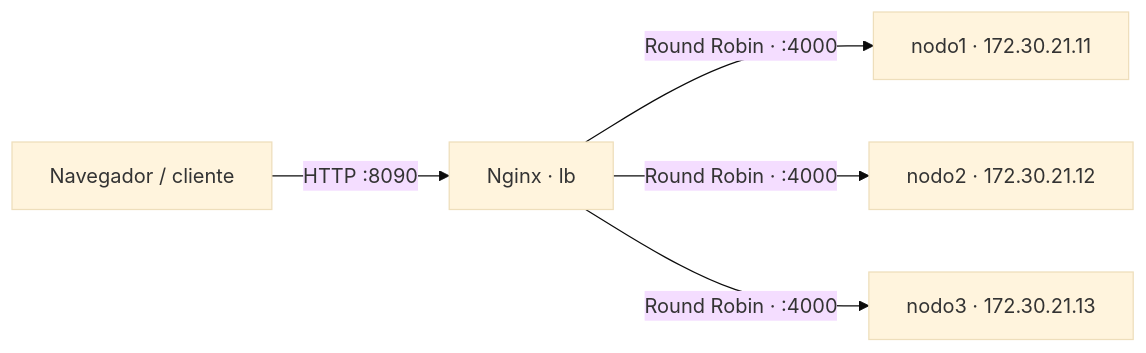
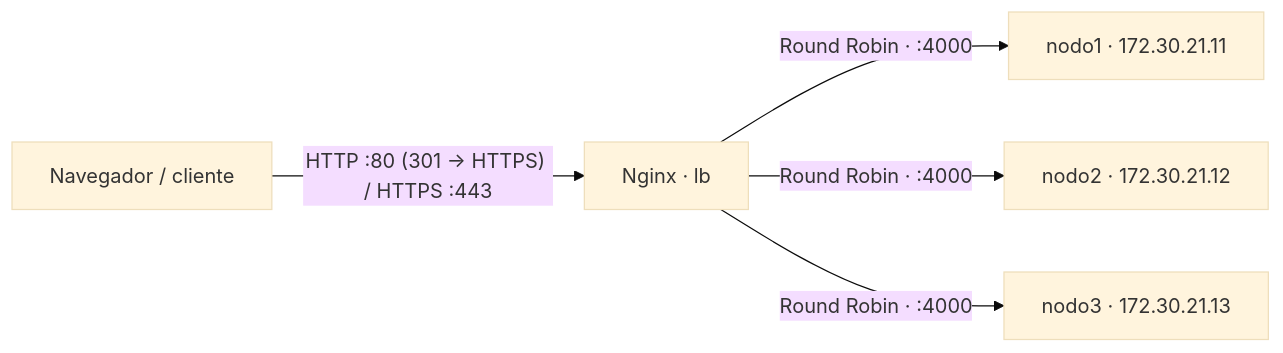
The diagram in README.md (IsviCastillo/comedor-rosita), drawn with Mermaid (base theme) before and after one commit. The commit also changed other lines of this file and 6 other files, not shown here.

Commit message:
feat(nginx): agrega terminacion HTTPS, redireccion HTTP y failover rapido

```diff
--- a/README.md
+++ b/README.md
@@ -7,7 +7,7 @@
 ~~~mermaid
 flowchart LR
-    navegador["Navegador / cliente"] -->|"HTTP :8090"| lb["Nginx · lb"]
+    navegador["Navegador / cliente"] -->|"HTTP :80 (301 -> HTTPS) / HTTPS :443"| lb["Nginx · lb"]
     lb -->|"Round Robin · :4000"| nodo1["nodo1 · 172.30.21.11"]
     lb -->|"Round Robin · :4000"| nodo2["nodo2 · 172.30.21.12"]
     lb -->|"Round Robin · :4000"| nodo3["nodo3 · 172.30.21.13"]
 ~~~
```
